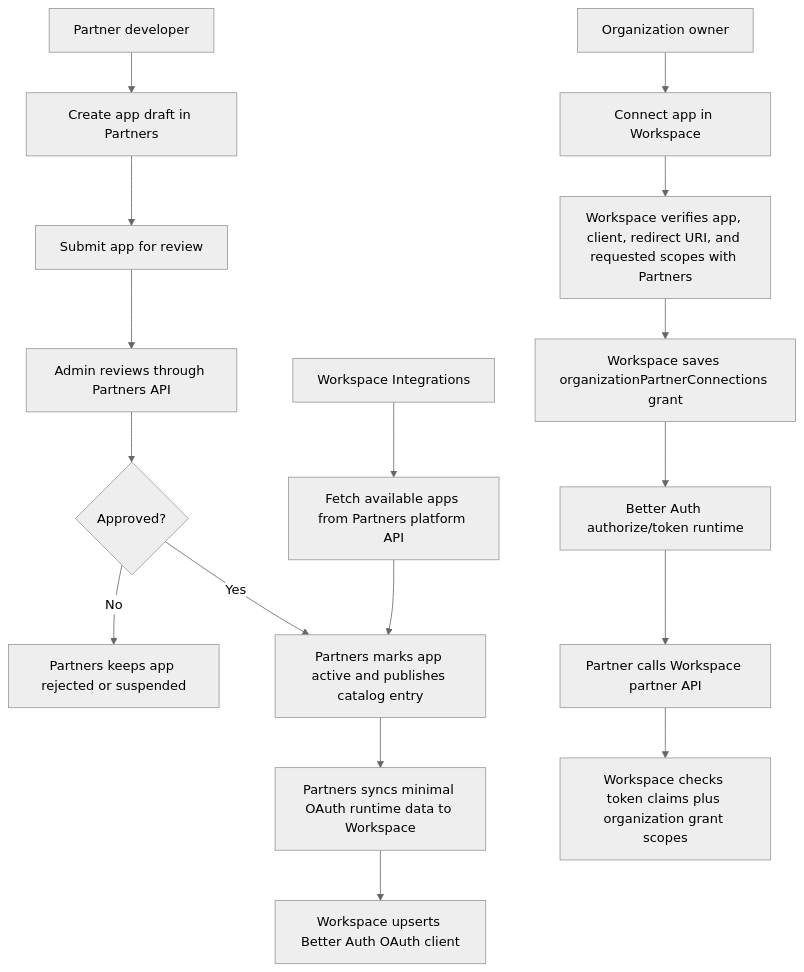
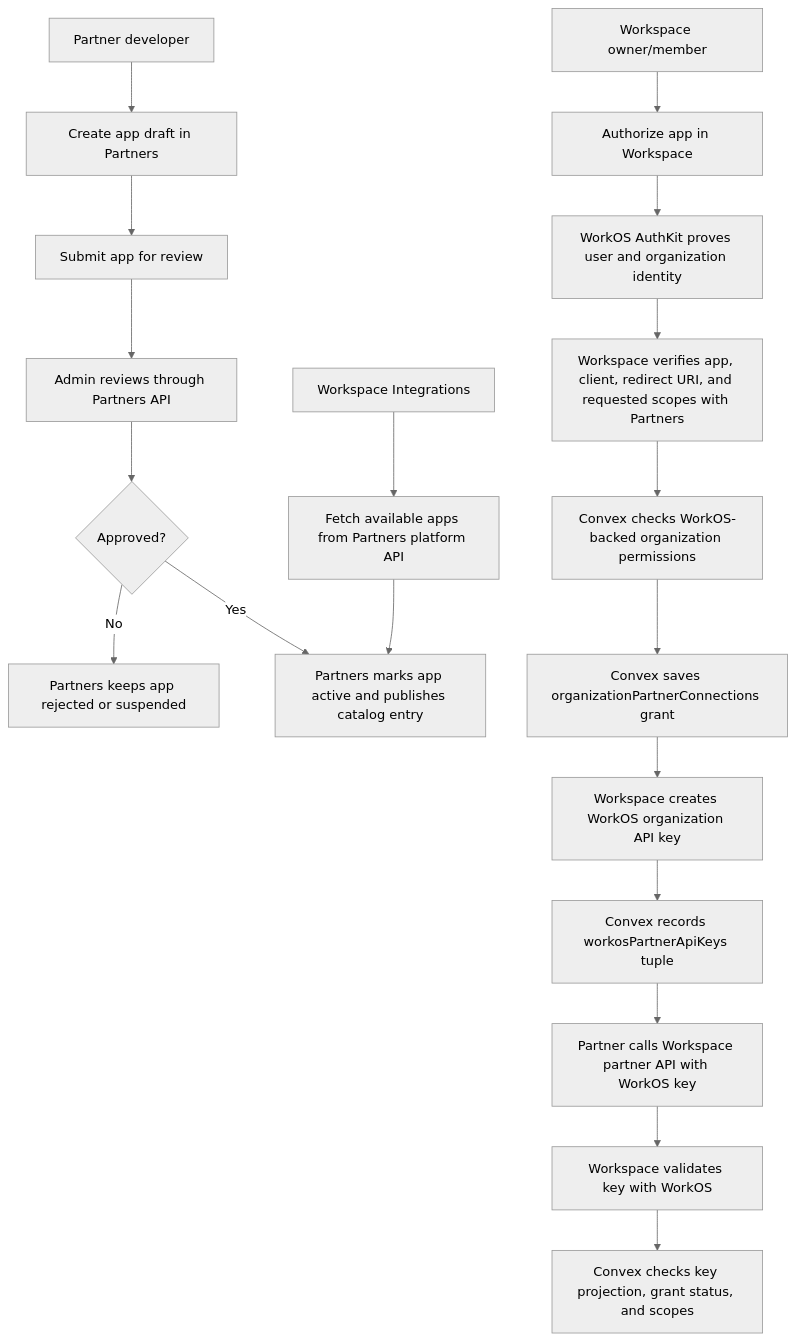
Before and after one commit to Up-to-code/ai-p1: the diagram in docs/lifecycles/partner-connection-authorization/flow.md, drawn with Mermaid (neutral theme). The commit also changed other lines of this file and 392 other files, not shown here.

Commit message:
Update WorkOS auth and workspace flows

````diff
--- a/docs/lifecycles/partner-connection-authorization/flow.md
+++ b/docs/lifecycles/partner-connection-authorization/flow.md
@@ -5,19 +5,21 @@
 ```mermaid
 flowchart TD
   Developer["Partner developer"] --> Draft["Create app draft in Partners"]
   Draft --> Submit["Submit app for review"]
   Submit --> Admin["Admin reviews through Partners API"]
   Admin --> Decision{"Approved?"}
   Decision -- "No" --> Hidden["Partners keeps app rejected or suspended"]
   Decision -- "Yes" --> Published["Partners marks app active and publishes catalog entry"]
-  Published --> RuntimeSync["Partners syncs minimal OAuth runtime data to Workspace"]
-  RuntimeSync --> BetterAuth["Workspace upserts Better Auth OAuth client"]
   WorkspaceCatalog["Workspace Integrations"] --> FetchCatalog["Fetch available apps from Partners platform API"]
   FetchCatalog --> Published
-  OrgOwner["Organization owner"] --> Connect["Connect app in Workspace"]
-  Connect --> Verify["Workspace verifies app, client, redirect URI, and requested scopes with Partners"]
-  Verify --> Grant["Workspace saves organizationPartnerConnections grant"]
-  Grant --> OAuth["Better Auth authorize/token runtime"]
-  OAuth --> PartnerApi["Partner calls Workspace partner API"]
-  PartnerApi --> Enforce["Workspace checks token claims plus organization grant scopes"]
+  OrgMember["Workspace owner/member"] --> Connect["Authorize app in Workspace"]
+  Connect --> WorkOSSession["WorkOS AuthKit proves user and organization identity"]
+  WorkOSSession --> Verify["Workspace verifies app, client, redirect URI, and requested scopes with Partners"]
+  Verify --> PermissionCheck["Convex checks WorkOS-backed organization permissions"]
+  PermissionCheck --> Grant["Convex saves organizationPartnerConnections grant"]
+  Grant --> IssueKey["Workspace creates WorkOS organization API key"]
+  IssueKey --> KeyProjection["Convex records workosPartnerApiKeys tuple"]
+  KeyProjection --> PartnerApi["Partner calls Workspace partner API with WorkOS key"]
+  PartnerApi --> WorkOSValidate["Workspace validates key with WorkOS"]
+  WorkOSValidate --> Enforce["Convex checks key projection, grant status, and scopes"]
 ```
````
